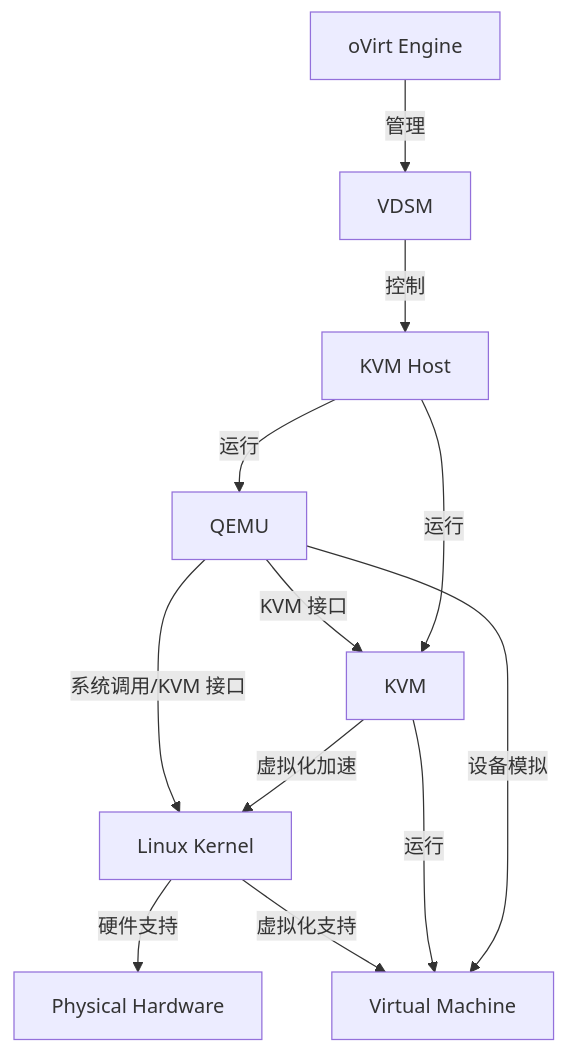
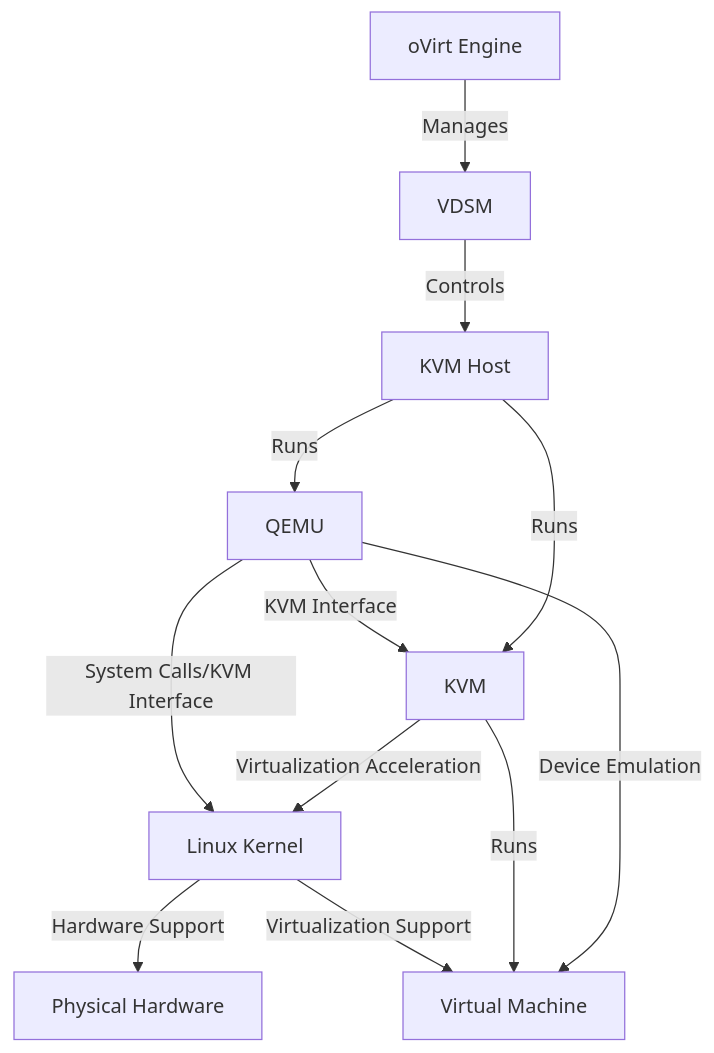
One commit to liweinan/deepseek-answers changed the diagram in files/ovirt.md. Above: the diagram before and after it, drawn with Mermaid. The commit also changed other lines of this file and 135 other files, not shown here.

````diff
--- a/files/ovirt.md
+++ b/files/ovirt.md
@@ -75,14 +76,14 @@
 ```mermaid
 graph TD
-    A[oVirt Engine] -->|管理| B[VDSM]
-    B -->|控制| C[KVM Host]
-    C -->|运行| D[KVM]
-    C -->|运行| E[QEMU]
-    D -->|虚拟化加速| F[Linux Kernel]
-    E -->|设备模拟| G[Virtual Machine]
-    E -->|系统调用/KVM 接口| F
-    E -->|KVM 接口| D
-    D -->|运行| G
-    F -->|硬件支持| H[Physical Hardware]
-    F -->|虚拟化支持| G
+    A[oVirt Engine] -->|Manages| B[VDSM]
+    B -->|Controls| C[KVM Host]
+    C -->|Runs| D[KVM]
+    C -->|Runs| E[QEMU]
+    D -->|Virtualization Acceleration| F[Linux Kernel]
+    E -->|Device Emulation| G[Virtual Machine]
+    E -->|System Calls/KVM Interface| F
+    E -->|KVM Interface| D
+    D -->|Runs| G
+    F -->|Hardware Support| H[Physical Hardware]
+    F -->|Virtualization Support| G
 ```
````
